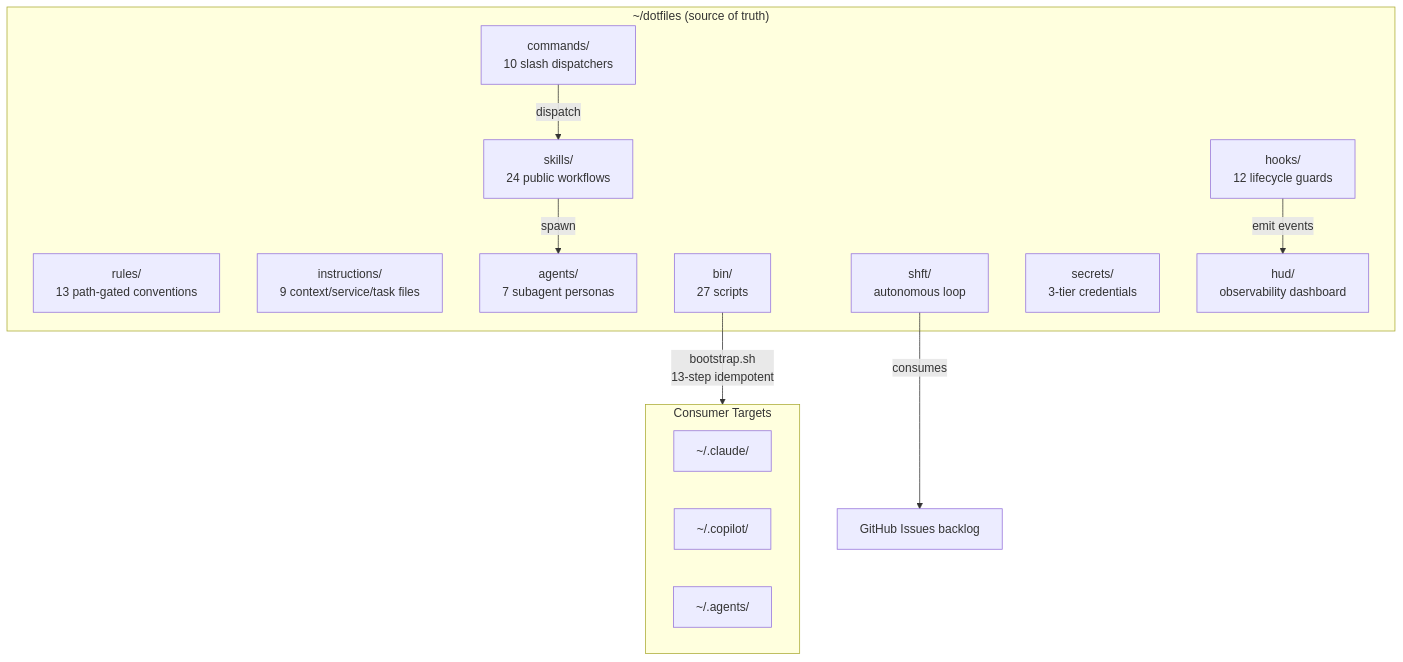
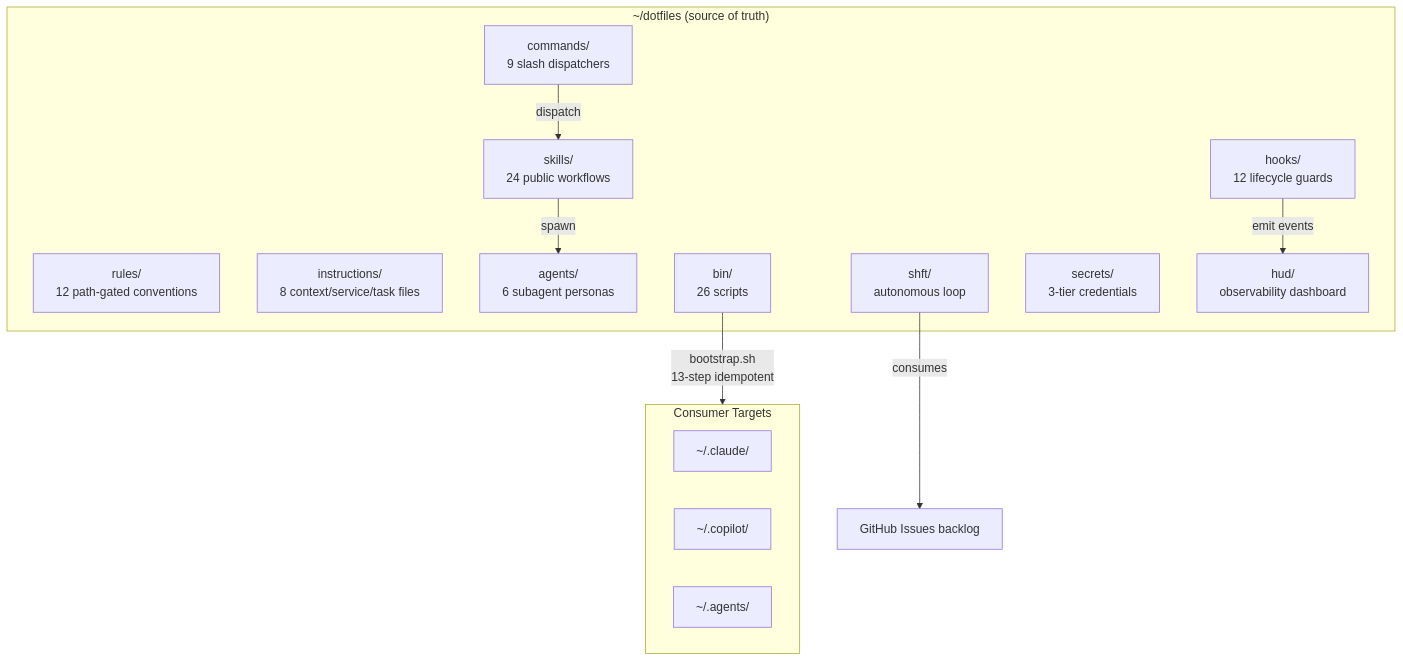
Before and after one commit to arndvs/ctrlshft: the diagram in docs/ARCHITECTURE.md, drawn with Mermaid. The commit also changed other lines of this file and 6 other files, not shown here.

````diff
--- a/docs/ARCHITECTURE.md
+++ b/docs/ARCHITECTURE.md
@@ -12,27 +12,27 @@
 ```mermaid
 graph TB
     subgraph "~/dotfiles (source of truth)"
-        RULES["rules/<br/>13 path-gated conventions"]
-        INST["instructions/<br/>9 context/service/task files"]
+        RULES["rules/<br/>12 path-gated conventions"]
+        INST["instructions/<br/>8 context/service/task files"]
         SKILLS["skills/<br/>24 public workflows"]
-        AGENTS["agents/<br/>7 subagent personas"]
-        CMDS["commands/<br/>10 slash dispatchers"]
+        AGENTS["agents/<br/>6 subagent personas"]
+        CMDS["commands/<br/>9 slash dispatchers"]
         HOOKS["hooks/<br/>12 lifecycle guards"]
-        BIN["bin/<br/>27 scripts"]
+        BIN["bin/<br/>26 scripts"]
         SHFT["shft/<br/>autonomous loop"]
         SECRETS["secrets/<br/>3-tier credentials"]
         HUD["hud/<br/>observability dashboard"]
     end
 
     BIN -->|"bootstrap.sh<br/>13-step idempotent"| CONSUMERS
     subgraph CONSUMERS["Consumer Targets"]
         CLAUDE["~/.claude/"]
         COPILOT["~/.copilot/"]
         AGENTSDIR["~/.agents/"]
     end
 
     CMDS -->|"dispatch"| SKILLS
     SKILLS -->|"spawn"| AGENTS
     HOOKS -->|"emit events"| HUD
     SHFT -->|"consumes"| ISSUES["GitHub Issues backlog"]
 ```
````
